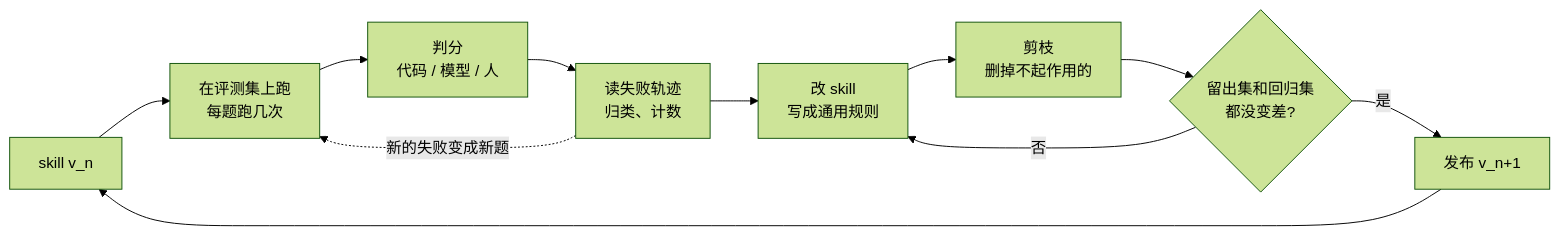
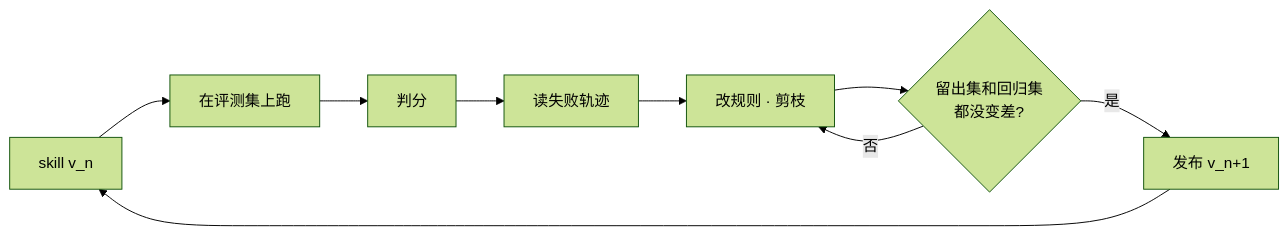
The diagram in README.md (aiyinyuedejustin/skill-iteration-playbook), drawn with Mermaid (forest theme) before and after one commit. The commit also changed other lines of this file and 31 other files, not shown here.

First line of the commit message:
合并为六章，并补上插图与新材料

````diff
--- a/README.md
+++ b/README.md
@@ -11,13 +13,11 @@
 ```mermaid
 flowchart LR
-    A[skill v_n] --> B[在评测集上跑<br/>每题跑几次]
-    B --> C[判分<br/>代码 / 模型 / 人]
-    C --> D[读失败轨迹<br/>归类、计数]
-    D --> E[改 skill<br/>写成通用规则]
-    E --> F[剪枝<br/>删掉不起作用的]
-    F --> G{留出集和回归集<br/>都没变差?}
-    G -- 是 --> H[发布 v_n+1]
-    G -- 否 --> E
-    H --> A
-    D -. 新的失败变成新题 .-> B
+    A[skill v_n] --> B[在评测集上跑]
+    B --> C[判分]
+    C --> D[读失败轨迹]
+    D --> E[改规则 · 剪枝]
+    E --> F{留出集和回归集<br/>都没变差?}
+    F -- 是 --> G[发布 v_n+1]
+    F -- 否 --> E
+    G --> A
 ```
````
